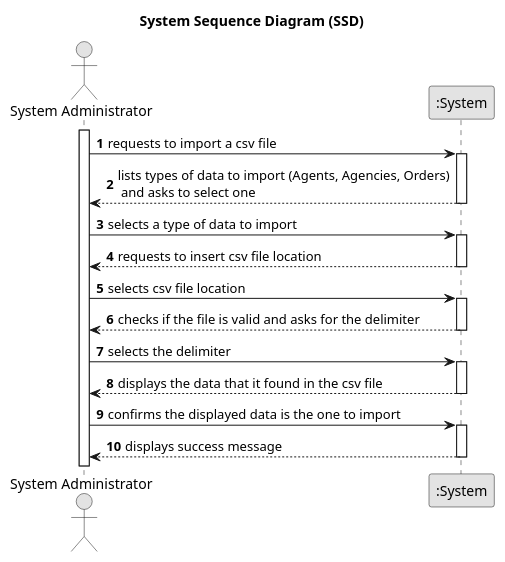
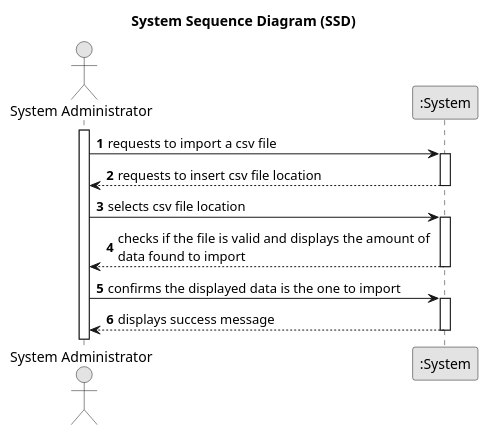
Before and after one commit to Goncalves2525/real-estate-management-system: the diagram in docs/sprintC/us012/01.requirements-engineering/puml/us012-system-sequence-diagram.puml, drawn with PlantUML. The commit also changed 9 other files, not shown here.

Commit message:
SD & SSD [US012] Improved Property Validation Changes to Global Class Diagram

```diff
--- a/docs/sprintC/us012/01.requirements-engineering/puml/us012-system-sequence-diagram.puml
+++ b/docs/sprintC/us012/01.requirements-engineering/puml/us012-system-sequence-diagram.puml
@@ -1,46 +1,46 @@
 @startuml
 skinparam monochrome true
 skinparam packageStyle rectangle
 skinparam shadowing false
 
 title System Sequence Diagram (SSD)
 
 autonumber
 
 actor "System Administrator" as Admin
 participant ":System" as System
 
 activate Admin
 
     Admin -> System : requests to import a csv file
     activate System
 
-    System --> Admin : lists types of data to import (Agents, Agencies, Orders)\n and asks to select one
-    deactivate System
-
-    Admin -> System : selects a type of data to import
-    activate System
+'    System --> Admin : lists types of data to import (Agents, Agencies, Orders)\n and asks to select one
+'    deactivate System
+'
+'    Admin -> System : selects a type of data to import
+'    activate System
 
     System --> Admin : requests to insert csv file location
     deactivate System
 
     Admin -> System: selects csv file location
     activate System
 
-    System --> Admin: checks if the file is valid and asks for the delimiter
+    System --> Admin: checks if the file is valid and displays the amount of \ndata found to import
     deactivate System
 
-    Admin -> System: selects the delimiter
-    activate System
+'    Admin -> System: selects the delimiter
+'    activate System
 
-    System --> Admin: displays the data that it found in the csv file
-    deactivate System
+'    System --> Admin: displays the data that it found in the csv file
+'    deactivate System
 
     Admin -> System : confirms the displayed data is the one to import
     activate System
 
     System --> Admin : displays success message
     deactivate System
 
 
 @enduml
```
